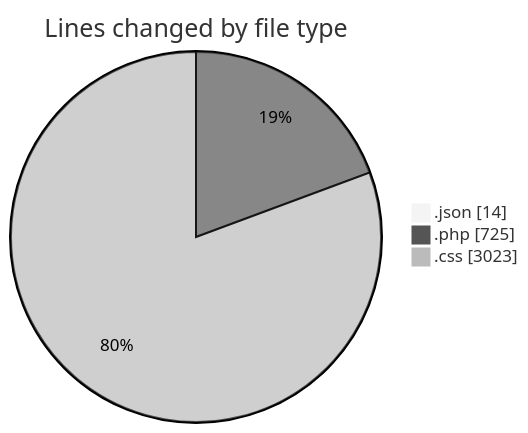
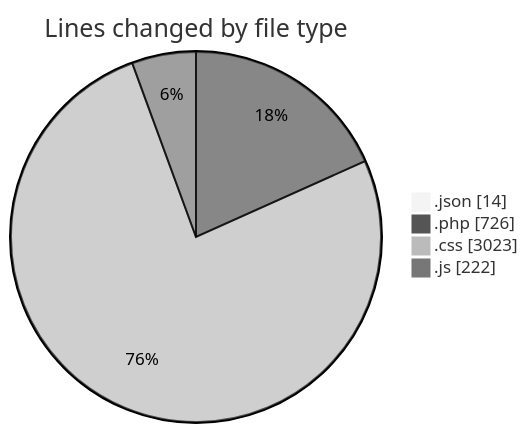
The first of 2 diagrams in 2026-07-27/untitled__workspace_/README.md (debugP/code-tracking), drawn with Mermaid (neutral theme) before and after one commit. The commit also changed other lines of this file and 1 other file, not shown here.

````diff
--- a/2026-07-27/untitled__workspace_/README.md
+++ b/2026-07-27/untitled__workspace_/README.md
@@ -24,7 +25,8 @@
 ```mermaid
 pie showData
 title Lines changed by file type
 ".json" : 14
-".php" : 725
+".php" : 726
 ".css" : 3023
+".js" : 222
 ```
````
